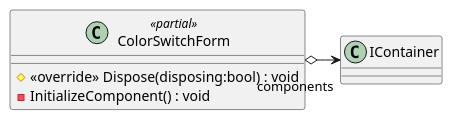
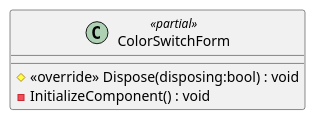
One commit to Ruslan-Gabbazov/Programming changed the diagram in Docs/Programming/UI/ColorSwitchForm.Designer.puml. Above: the diagram before and after it, drawn with PlantUML. The commit also changed 16 other files, not shown here.

Commit message:
Add class diagrams

```diff
--- a/Docs/Programming/UI/ColorSwitchForm.Designer.puml
+++ b/Docs/Programming/UI/ColorSwitchForm.Designer.puml
@@ -1,7 +1,6 @@
 @startuml
 class ColorSwitchForm <<partial>> {
     # <<override>> Dispose(disposing:bool) : void
     - InitializeComponent() : void
 }
-ColorSwitchForm o-> "components" IContainer
 @enduml
```
